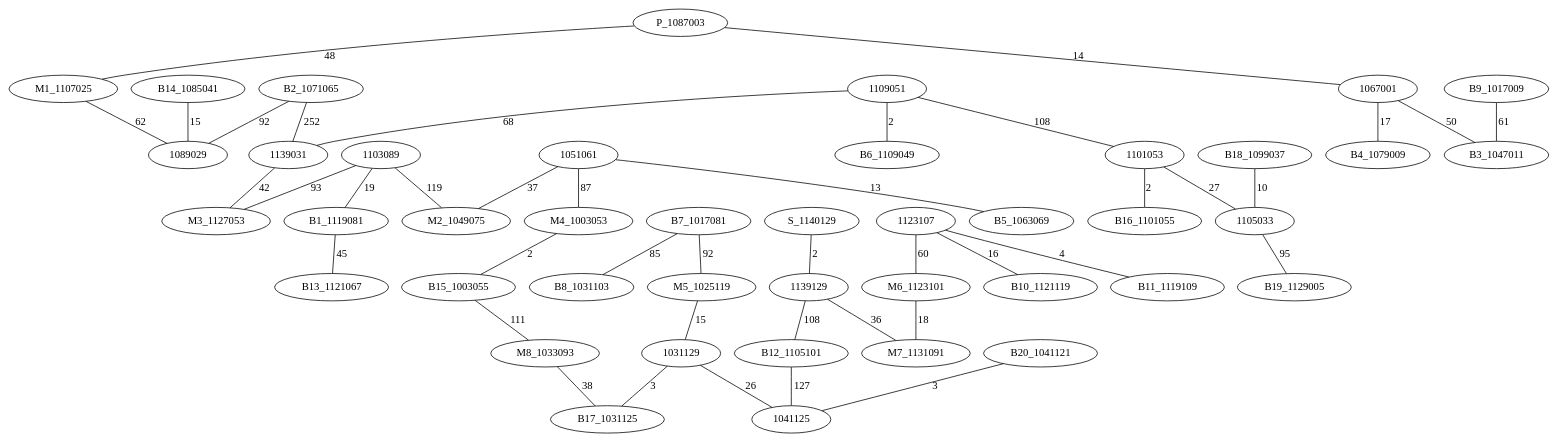
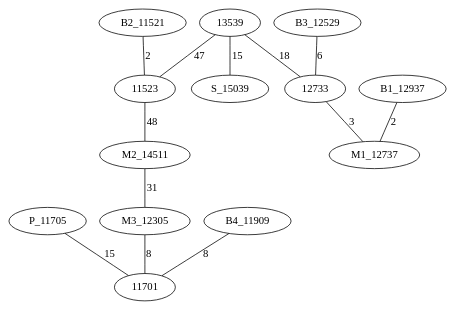
The diagram in Graph.dot (AsmNoob/Labyrinthe), drawn with Graphviz before and after one commit. The commit also changed 3 other files, not shown here.

```diff
--- a/Graph.dot
+++ b/Graph.dot
@@ -1,45 +1,16 @@
 graph chemin {
 
-	P_1087003 -- M1_1107025 [label=48]
-	P_1087003 -- 1067001 [label=14]
-	1103089 -- B1_1119081 [label=19]
-	1103089 -- M2_1049075 [label=119]
-	1103089 -- M3_1127053 [label=93]
-	B2_1071065 -- 1089029 [label=92]
-	B2_1071065 -- 1139031 [label=252]
-	1067001 -- B3_1047011 [label=50]
-	1067001 -- B4_1079009 [label=17]
-	1051061 -- M2_1049075 [label=37]
-	1051061 -- M4_1003053 [label=87]
-	1051061 -- B5_1063069 [label=13]
-	S_1140129 -- 1139129 [label=2]
-	1109051 -- B6_1109049 [label=2]
-	1109051 -- 1139031 [label=68]
-	1109051 -- 1101053 [label=108]
-	B7_1017081 -- M5_1025119 [label=92]
-	B7_1017081 -- B8_1031103 [label=85]
-	B9_1017009 -- B3_1047011 [label=61]
-	1123107 -- B10_1121119 [label=16]
-	1123107 -- M6_1123101 [label=60]
-	1123107 -- B11_1119109 [label=4]
-	1139129 -- M7_1131091 [label=36]
-	1139129 -- B12_1105101 [label=108]
-	M6_1123101 -- M7_1131091 [label=18]
-	B1_1119081 -- B13_1121067 [label=45]
-	1139031 -- M3_1127053 [label=42]
-	B14_1085041 -- 1089029 [label=15]
-	B12_1105101 -- 1041125 [label=127]
-	M5_1025119 -- 1031129 [label=15]
-	M4_1003053 -- B15_1003055 [label=2]
-	B15_1003055 -- M8_1033093 [label=111]
-	1101053 -- 1105033 [label=27]
-	1101053 -- B16_1101055 [label=2]
-	M1_1107025 -- 1089029 [label=62]
-	M8_1033093 -- B17_1031125 [label=38]
-	B18_1099037 -- 1105033 [label=10]
-	1105033 -- B19_1129005 [label=95]
-	1031129 -- B17_1031125 [label=3]
-	1031129 -- 1041125 [label=26]
-	B20_1041121 -- 1041125 [label=3]
+	P_11705 -- 11701 [label=15]
+	13539 -- S_15039 [label=15]
+	13539 -- 12733 [label=18]
+	13539 -- 11523 [label=47]
+	B1_12937 -- M1_12737 [label=2]
+	B2_11521 -- 11523 [label=2]
+	11523 -- M2_14511 [label=48]
+	M2_14511 -- M3_12305 [label=31]
+	B3_12529 -- 12733 [label=6]
+	B4_11909 -- 11701 [label=8]
+	M3_12305 -- 11701 [label=8]
+	12733 -- M1_12737 [label=3]
 
 }
```
